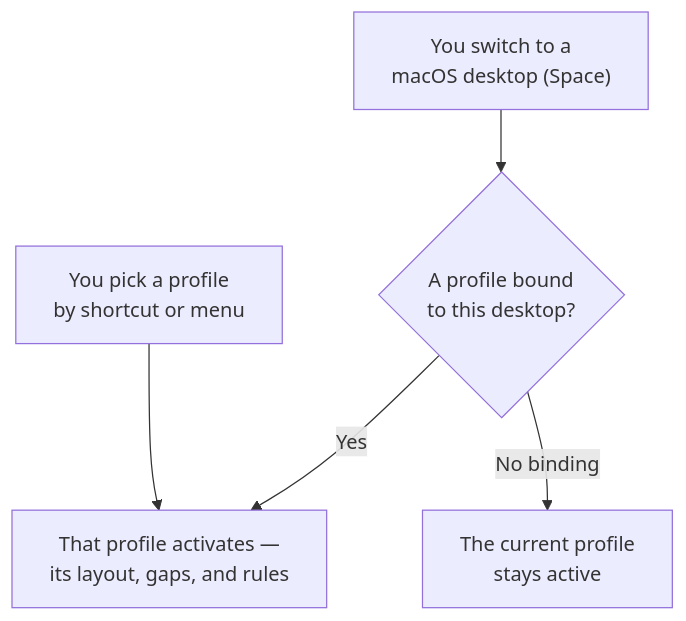
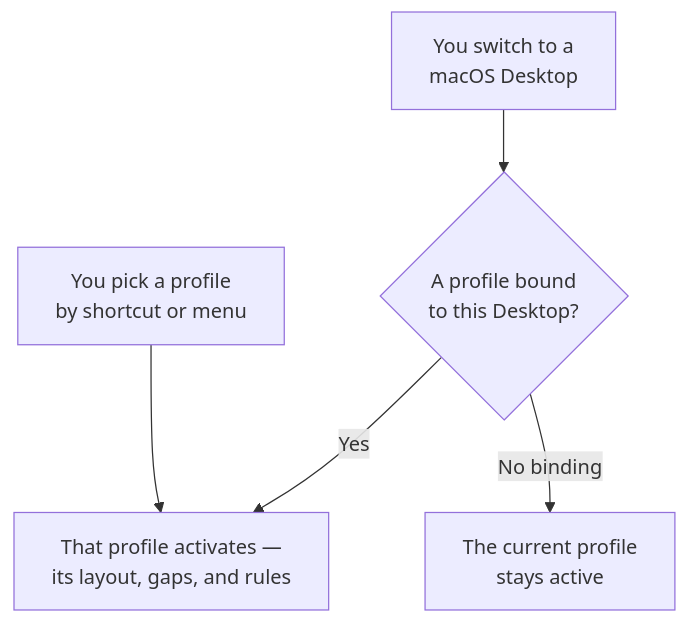
Before and after one commit to KiwiCanopy/KiwiDesk: the third of 3 diagrams in docs/user-guide.md, drawn with Mermaid. The commit also changed other lines of this file and 121 other files, not shown here.

````diff
--- a/docs/user-guide.md
+++ b/docs/user-guide.md
@@ -2526,7 +2529,7 @@
 ```mermaid
 flowchart TD
-    S["You switch to a<br/>macOS desktop (Space)"] --> B{"A profile bound<br/>to this desktop?"}
+    S["You switch to a<br/>macOS Desktop"] --> B{"A profile bound<br/>to this Desktop?"}
     B -->|"Yes"| A["That profile activates —<br/>its layout, gaps, and rules"]
     B -->|"No binding"| K["The current profile<br/>stays active"]
     P["You pick a profile<br/>by shortcut or menu"] --> A
 ```
````
